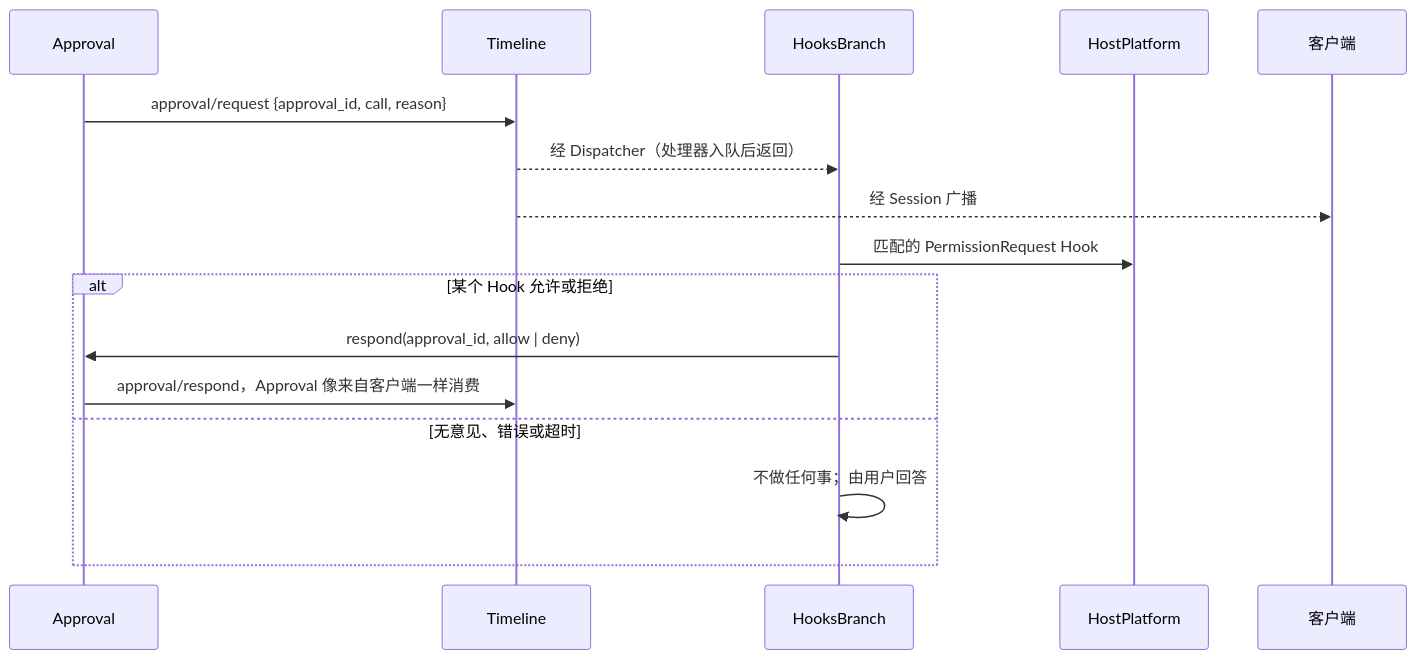
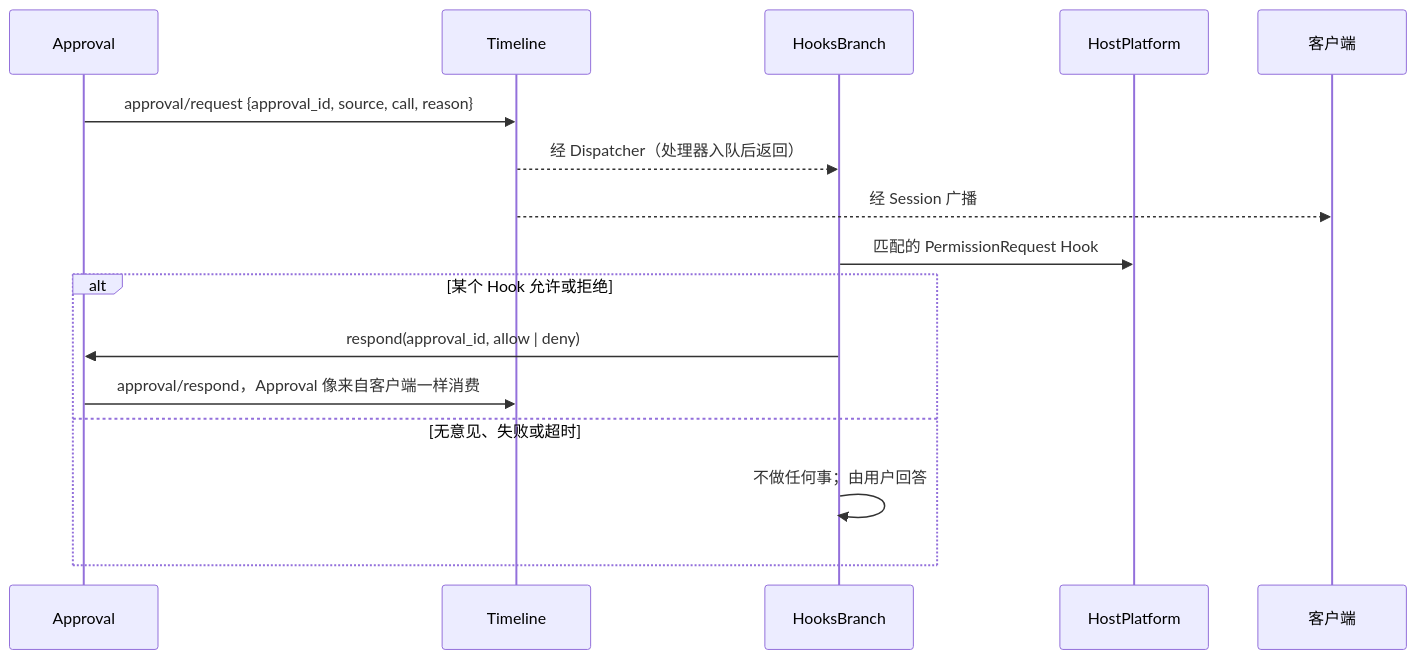
The fourth of 6 diagrams in docs/zh/design/plugins/Hooks.md (CoutinhoTTS/dim-agent), drawn with Mermaid before and after one commit. The commit also changed other lines of this file and 3 other files, not shown here.

````diff
--- a/docs/zh/design/plugins/Hooks.md
+++ b/docs/zh/design/plugins/Hooks.md
@@ -115,18 +138,18 @@
 ```mermaid
 sequenceDiagram
   participant AP as Approval
   participant TL as Timeline
   participant HB as HooksBranch
   participant HP as HostPlatform
   participant C as 客户端
-  AP->>TL: approval/request {approval_id, call, reason}
+  AP->>TL: approval/request {approval_id, source, call, reason}
   TL-->>HB: 经 Dispatcher（处理器入队后返回）
   TL-->>C: 经 Session 广播
   HB->>HP: 匹配的 PermissionRequest Hook
   alt 某个 Hook 允许或拒绝
     HB->>AP: respond(approval_id, allow | deny)
     AP->>TL: approval/respond，Approval 像来自客户端一样消费
-  else 无意见、错误或超时
+  else 无意见、失败或超时
     HB->>HB: 不做任何事；由用户回答
   end
 ```
````
